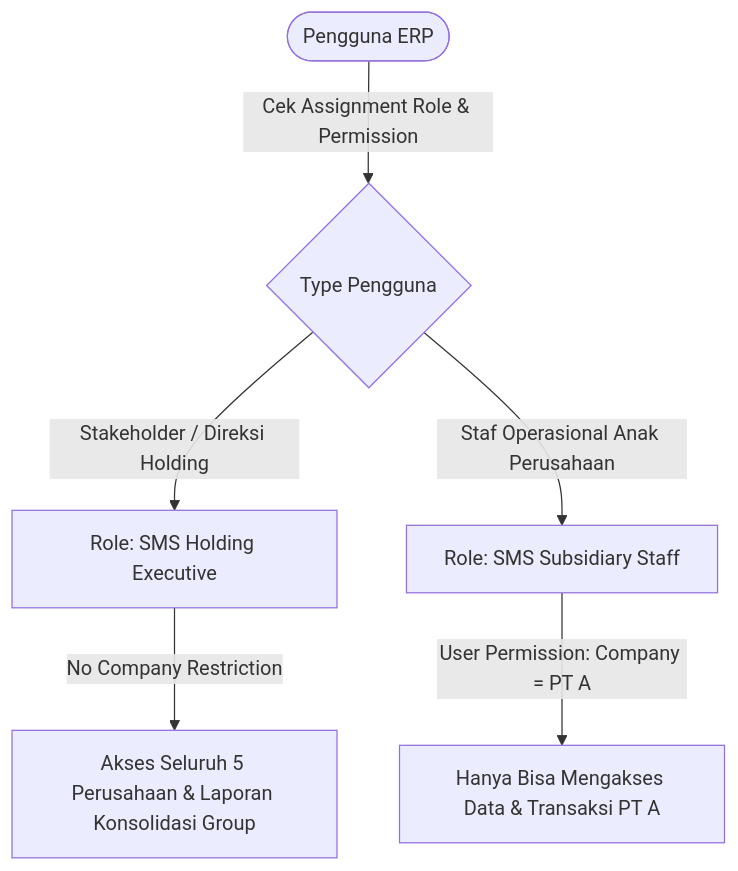
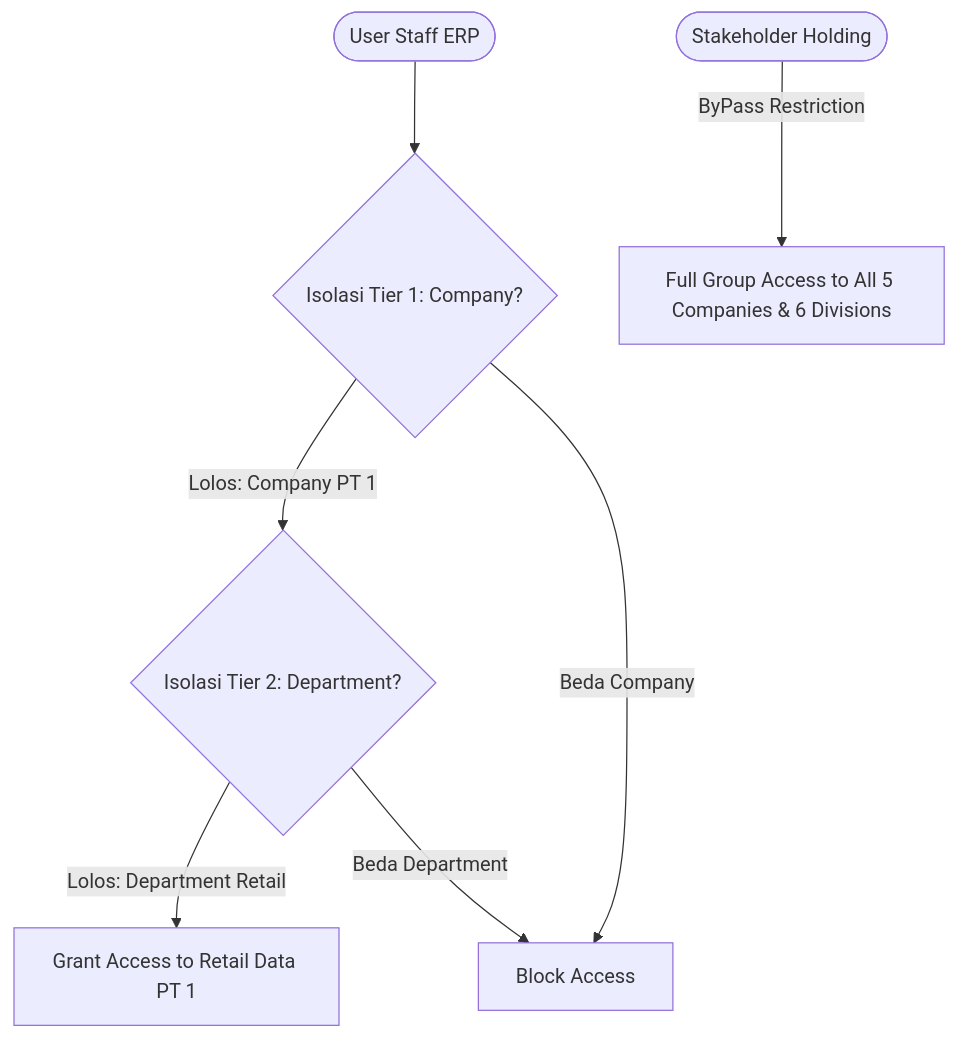
One commit to wheldnz/ERP-SMS changed the diagram in SECURITY_AND_PERMISSIONS.md. Above: the diagram before and after it, drawn with Mermaid. The commit also changed other lines of this file and 2 other files, not shown here.

Commit message:
feat(architecture): refine multi-company model to full matrix structure (5 entities with internal 6 divisions each)

````diff
--- a/SECURITY_AND_PERMISSIONS.md
+++ b/SECURITY_AND_PERMISSIONS.md
@@ -7,10 +7,11 @@
 ```mermaid
 graph TD
-    User([Pengguna ERP]) -->|Cek Assignment Role & Permission| Guard{Type Pengguna}
+    User([User Staff ERP]) --> Guard1{Isolasi Tier 1: Company?}
+    Guard1 -->|Lolos: Company PT 1| Guard2{Isolasi Tier 2: Department?}
+    Guard1 -->|Beda Company| Deny[Block Access]
     
-    Guard -->|Stakeholder / Direksi Holding| Exec[Role: SMS Holding Executive]
-    Guard -->|Staf Operasional Anak Perusahaan| Sub[Role: SMS Subsidiary Staff]
+    Guard2 -->|Lolos: Department Retail| Allow[Grant Access to Retail Data PT 1]
+    Guard2 -->|Beda Department| Deny
     
-    Exec -->|No Company Restriction| AllData[Akses Seluruh 5 Perusahaan & Laporan Konsolidasi Group]
-    Sub -->|User Permission: Company = PT A| PtData[Hanya Bisa Mengakses Data & Transaksi PT A]
+    UserExec([Stakeholder Holding]) -->|ByPass Restriction| ExecAllow[Full Group Access to All 5 Companies & 6 Divisions]
 ```
````
